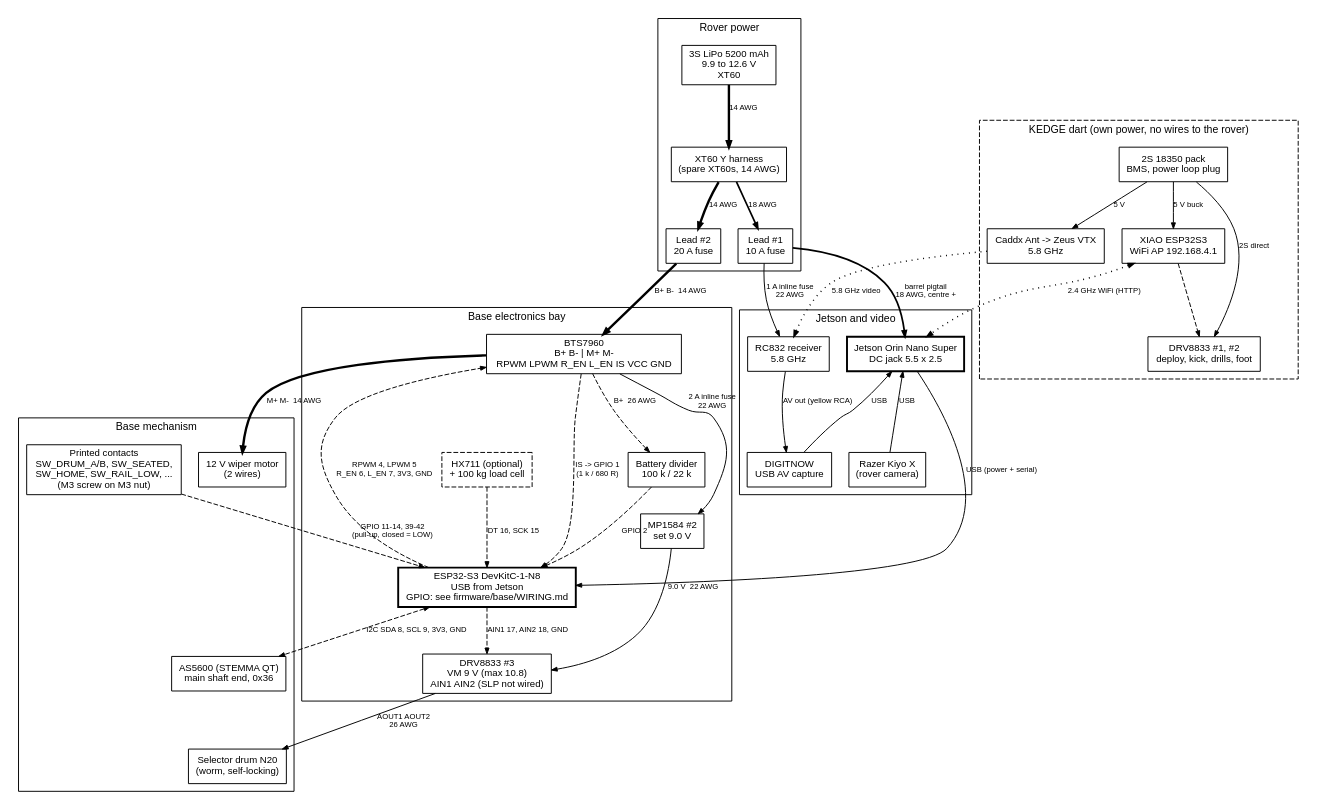
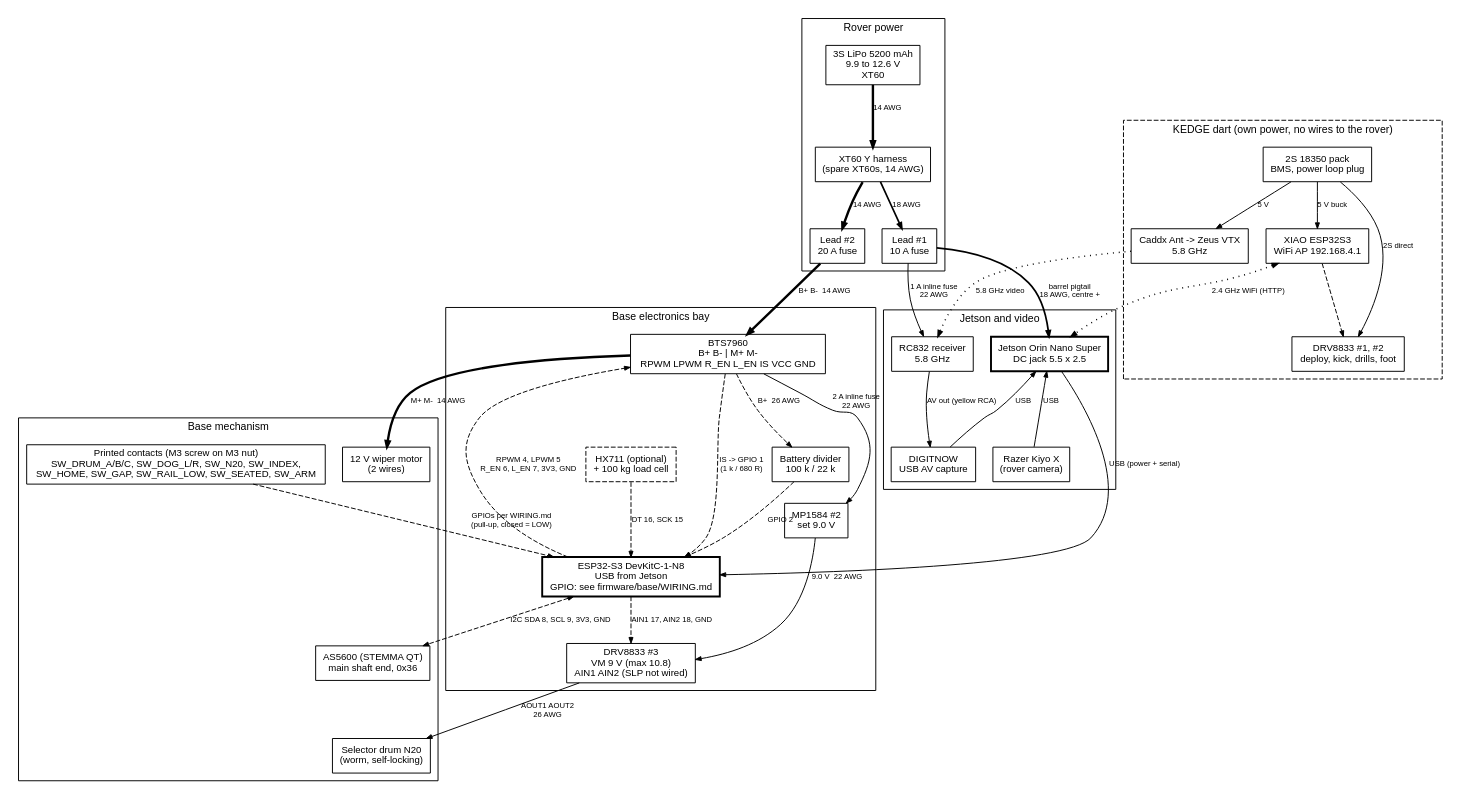
Before and after one commit to HarryHYu/GrappStar: the diagram in docs/build/system_electrical.dot, drawn with Graphviz. The commit also changed 11 other files, not shown here.

First line of the commit message:
docs/build: spec v1.0 (drum order, take-up, 7 wraps, contacts, magnet D12, confirm list D19, decock, torque limiter)

```diff
--- a/docs/build/system_electrical.dot
+++ b/docs/build/system_electrical.dot
@@ -1,82 +1,82 @@
 // GrappStar whole-system electrical diagram. Render: dot -Tsvg / -Tpng (make_guide.py does it).
 // Bold lines = battery power, plain = low-voltage power and USB, dashed = signal, dotted = radio.
 // GPIO numbers come from firmware/base/grappstar_base/pins.h (fw-base owns them).
 digraph G {
   graph [rankdir=TB, fontname="Liberation Sans", fontsize=11, nodesep=0.25, ranksep=0.55, splines=true, newrank=true];
   node  [shape=box, fontname="Liberation Sans", fontsize=10, color=black, fontcolor=black];
   edge  [fontname="Liberation Sans", fontsize=8, color=black, fontcolor=black, arrowsize=0.6];
 
   subgraph cluster_power {
     label="Rover power"; style=solid;
     lipo  [label="3S LiPo 5200 mAh\n9.9 to 12.6 V\nXT60"];
     ysplit[label="XT60 Y harness\n(spare XT60s, 14 AWG)"];
     f20   [label="Lead #2\n20 A fuse"];
     f10   [label="Lead #1\n10 A fuse"];
   }
 
   subgraph cluster_bay {
     label="Base electronics bay"; style=solid;
     bts   [label="BTS7960\nB+ B- | M+ M-\nRPWM LPWM R_EN L_EN IS VCC GND"];
     buck  [label="MP1584 #2\nset 9.0 V"];
     drv   [label="DRV8833 #3\nVM 9 V (max 10.8)\nAIN1 AIN2 (SLP not wired)"];
     esp   [label="ESP32-S3 DevKitC-1-N8\nUSB from Jetson\nGPIO: see firmware/base/WIRING.md", shape=box, style=bold];
     div   [label="Battery divider\n100 k / 22 k"];
     hx    [label="HX711 (optional)\n+ 100 kg load cell", style=dashed];
   }
 
   subgraph cluster_mech {
     label="Base mechanism"; style=solid;
     wiper [label="12 V wiper motor\n(2 wires)"];
     n20   [label="Selector drum N20\n(worm, self-locking)"];
     as5600[label="AS5600 (STEMMA QT)\nmain shaft end, 0x36"];
-    sw    [label="Printed contacts\nSW_DRUM_A/B, SW_SEATED,\nSW_HOME, SW_RAIL_LOW, ...\n(M3 screw on M3 nut)"];
+    sw    [label="Printed contacts (M3 screw on M3 nut)\nSW_DRUM_A/B/C, SW_DOG_L/R, SW_N20, SW_INDEX,\nSW_HOME, SW_GAP, SW_RAIL_LOW, SW_SEATED, SW_ARM"];
   }
 
   subgraph cluster_jetson {
     label="Jetson and video"; style=solid;
     jet   [label="Jetson Orin Nano Super\nDC jack 5.5 x 2.5", style=bold];
     rc832 [label="RC832 receiver\n5.8 GHz"];
     cap   [label="DIGITNOW\nUSB AV capture"];
     kiyo  [label="Razer Kiyo X\n(rover camera)"];
   }
 
   subgraph cluster_dart {
     label="KEDGE dart (own power, no wires to the rover)"; style=dashed;
     dbat  [label="2S 18350 pack\nBMS, power loop plug"];
     xiao  [label="XIAO ESP32S3\nWiFi AP 192.168.4.1"];
     ddrv  [label="DRV8833 #1, #2\ndeploy, kick, drills, foot"];
     vtx   [label="Caddx Ant -> Zeus VTX\n5.8 GHz"];
   }
 
   lipo  -> ysplit [label="14 AWG", style=bold, penwidth=2.5];
   ysplit-> f20    [label="14 AWG", style=bold, penwidth=2.5];
   ysplit-> f10    [label="18 AWG", style=bold, penwidth=1.8];
   f20   -> bts    [label="B+ B-  14 AWG", style=bold, penwidth=2.5];
   bts   -> wiper  [label="M+ M-  14 AWG", style=bold, penwidth=2.5];
   bts   -> buck   [label="2 A inline fuse\n22 AWG"];
   buck  -> drv    [label="9.0 V  22 AWG"];
   drv   -> n20    [label="AOUT1 AOUT2\n26 AWG"];
   f10   -> jet    [label="barrel pigtail\n18 AWG, centre +", style=bold, penwidth=1.8];
   f10   -> rc832  [label="1 A inline fuse\n22 AWG"];
   bts   -> div    [label="B+  26 AWG", style=dashed];
 
   jet   -> esp    [label="USB (power + serial)"];
   jet   -> cap    [label="USB", dir=back];
   jet   -> kiyo   [label="USB", dir=back];
   rc832 -> cap    [label="AV out (yellow RCA)"];
 
   esp   -> bts    [label="RPWM 4, LPWM 5\nR_EN 6, L_EN 7, 3V3, GND", style=dashed];
   bts   -> esp    [label="IS -> GPIO 1\n(1 k / 680 R)", style=dashed];
   div   -> esp    [label="GPIO 2", style=dashed];
   esp   -> drv    [label="AIN1 17, AIN2 18, GND", style=dashed];
   esp   -> as5600 [label="I2C SDA 8, SCL 9, 3V3, GND", style=dashed, dir=both];
-  sw    -> esp    [label="GPIO 11-14, 39-42\n(pull-up, closed = LOW)", style=dashed];
+  sw    -> esp    [label="GPIOs per WIRING.md\n(pull-up, closed = LOW)", style=dashed];
   hx    -> esp    [label="DT 16, SCK 15", style=dashed];
 
   dbat  -> xiao   [label="5 V buck"];
   dbat  -> ddrv   [label="2S direct"];
   xiao  -> ddrv   [style=dashed];
   dbat  -> vtx    [label="5 V"];
   vtx   -> rc832  [label="5.8 GHz video", style=dotted, penwidth=1.5];
   xiao  -> jet    [label="2.4 GHz WiFi (HTTP)", style=dotted, penwidth=1.5, dir=both];
 }
```
